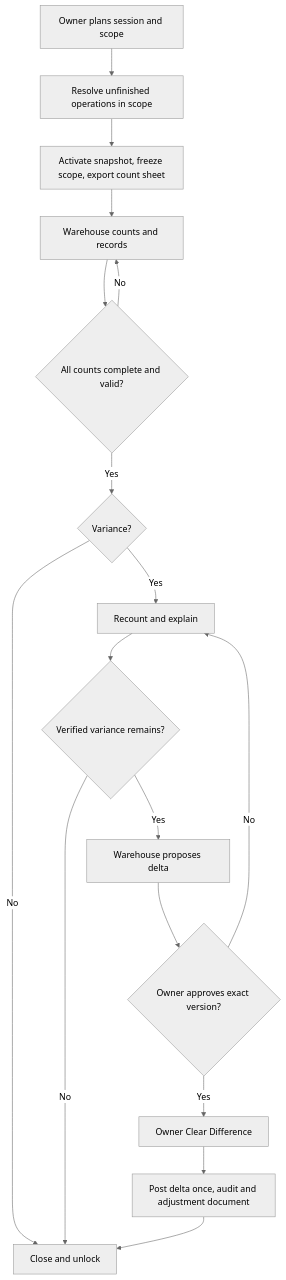
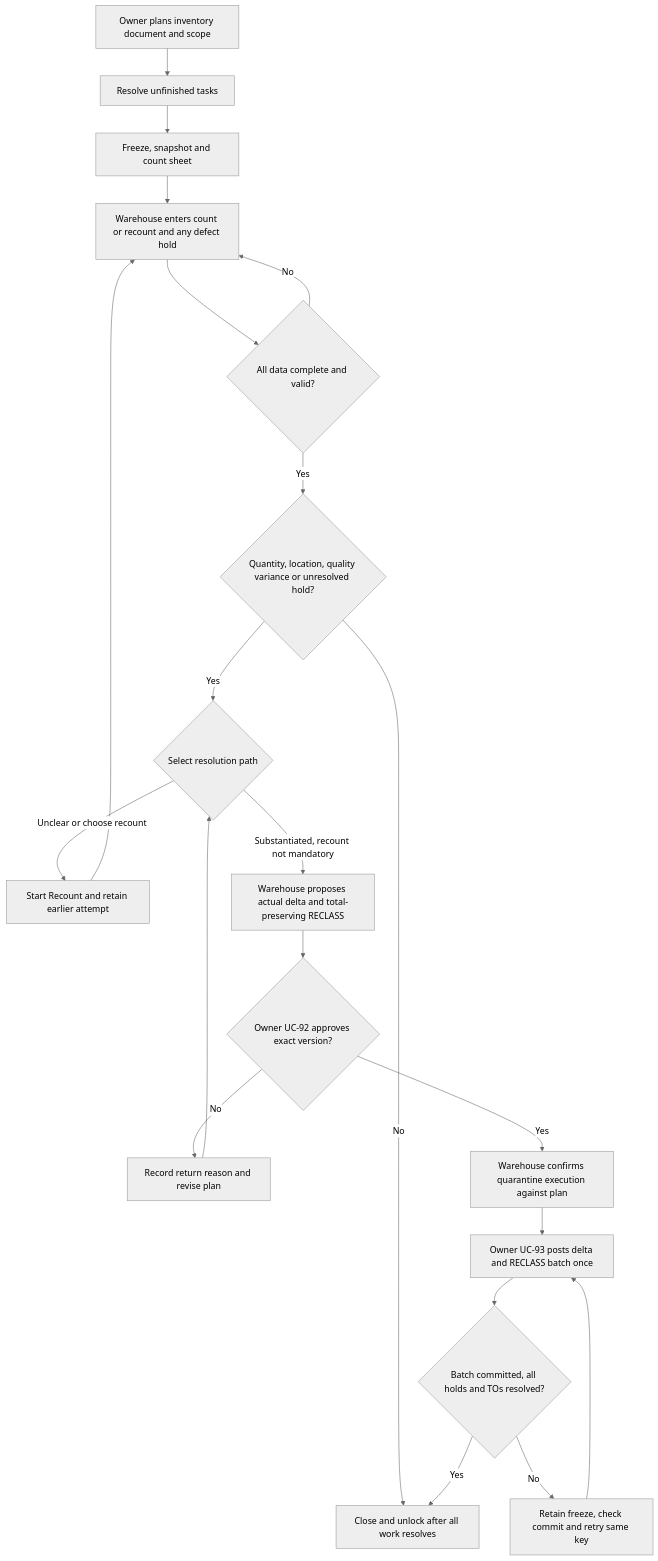
Before and after one commit to minhbach032003/docs_doan: the sixth of 9 diagrams in docs/02_nghiep_vu/de_xuat_quy_trinh_2_EN.md, drawn with Mermaid (neutral theme). The commit also changed other lines of this file and 3 other files, not shown here.

````diff
--- a/docs/02_nghiep_vu/de_xuat_quy_trinh_2_EN.md
+++ b/docs/02_nghiep_vu/de_xuat_quy_trinh_2_EN.md
@@ -732,19 +755,23 @@
 ```mermaid
 flowchart TD
- A[Owner plans session and scope] --> B[Resolve unfinished operations in scope]
- B --> C[Activate snapshot, freeze scope, export count sheet]
- C --> D[Warehouse counts and records]
- D --> E{All counts complete and valid?}
+ A[Owner plans inventory document and scope] --> B[Resolve unfinished tasks]
+ B --> C[Freeze, snapshot and count sheet]
+ C --> D[Warehouse enters count or recount and any defect hold]
+ D --> E{All data complete and valid?}
  E -->|No| D
- E -->|Yes| F{Variance?}
- F -->|No| G[Close and unlock]
- F -->|Yes| H[Recount and explain]
- H --> R{Verified variance remains?}
- R -->|No| G
- R -->|Yes| P[Warehouse proposes delta]
- P --> I{Owner approves exact version?}
- I -->|No| H
- I -->|Yes| J[Owner Clear Difference]
- J --> K[Post delta once, audit and adjustment document]
- K --> G
+ E -->|Yes| F{Quantity, location, quality variance or unresolved hold?}
+ F -->|No| G[Close and unlock after all work resolves]
+ F -->|Yes| X{Select resolution path}
+ X -->|Unclear or choose recount| H[Start Recount and retain earlier attempt]
+ H --> D
+ X -->|Substantiated, recount not mandatory| P[Warehouse proposes actual delta and total-preserving RECLASS]
+ P --> I{Owner UC-92 approves exact version?}
+ I -->|No| Y[Record return reason and revise plan]
+ Y --> X
+ I -->|Yes| T[Warehouse confirms quarantine execution against plan]
+ T --> J[Owner UC-93 posts delta and RECLASS batch once]
+ J --> K{Batch committed, all holds and TOs resolved?}
+ K -->|No| W[Retain freeze, check commit and retry same key]
+ W --> J
+ K -->|Yes| G
 ```
````
